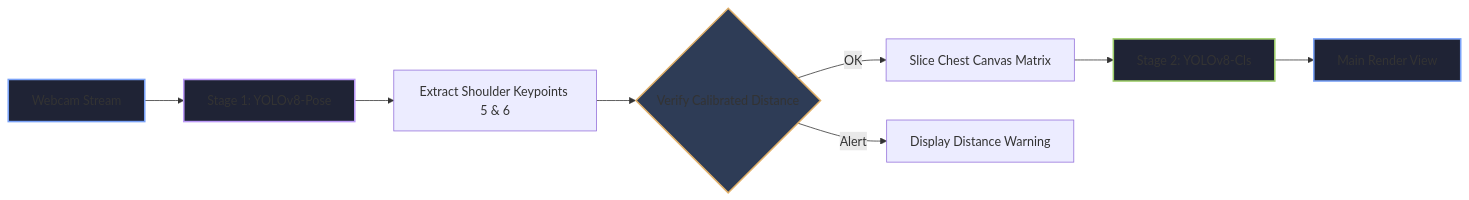
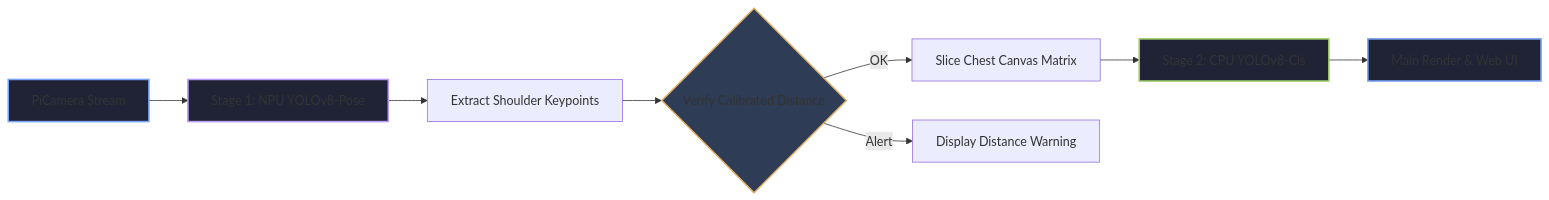
Before and after one commit to adam-the-student/DSD: the second of 2 diagrams in README.md, drawn with Mermaid. The commit also changed other lines of this file, not shown here.

````diff
--- a/README.md
+++ b/README.md
@@ -49,18 +49,18 @@
 ```mermaid
 graph LR
-    A[Webcam Stream] --> B[Stage 1: YOLOv8-Pose]
-    B --> C[Extract Shoulder Keypoints 5 & 6]
+    A[PiCamera Stream] --> B[Stage 1: NPU YOLOv8-Pose]
+    B --> C[Extract Shoulder Keypoints]
     C --> D{Verify Calibrated Distance}
     
     D -->|OK| E[Slice Chest Canvas Matrix]
     D -->|Alert| F[Display Distance Warning]
     
-    E --> G[Stage 2: YOLOv8-Cls]
-    G --> H[Main Render View]
+    E --> G[Stage 2: CPU YOLOv8-Cls]
+    G --> H[Main Render & Web UI]
 
     style A fill:#1f2335,stroke:#7aa2f7,stroke-width:2px
     style B fill:#1f2335,stroke:#bb9af7,stroke-width:2px
     style D fill:#2e3c56,stroke:#e0af68,stroke-width:2px
     style G fill:#1f2335,stroke:#9ece6a,stroke-width:2px
     style H fill:#1f2335,stroke:#7aa2f7,stroke-width:2px
 ```
````
